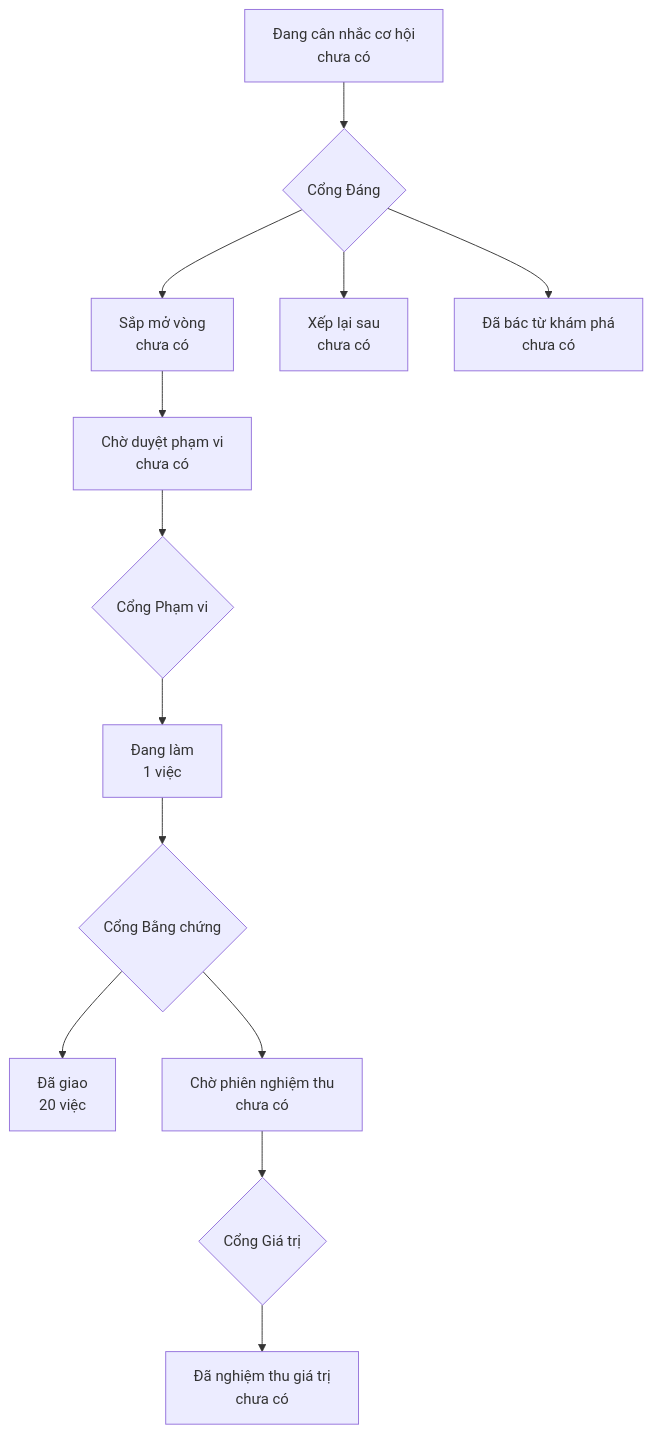
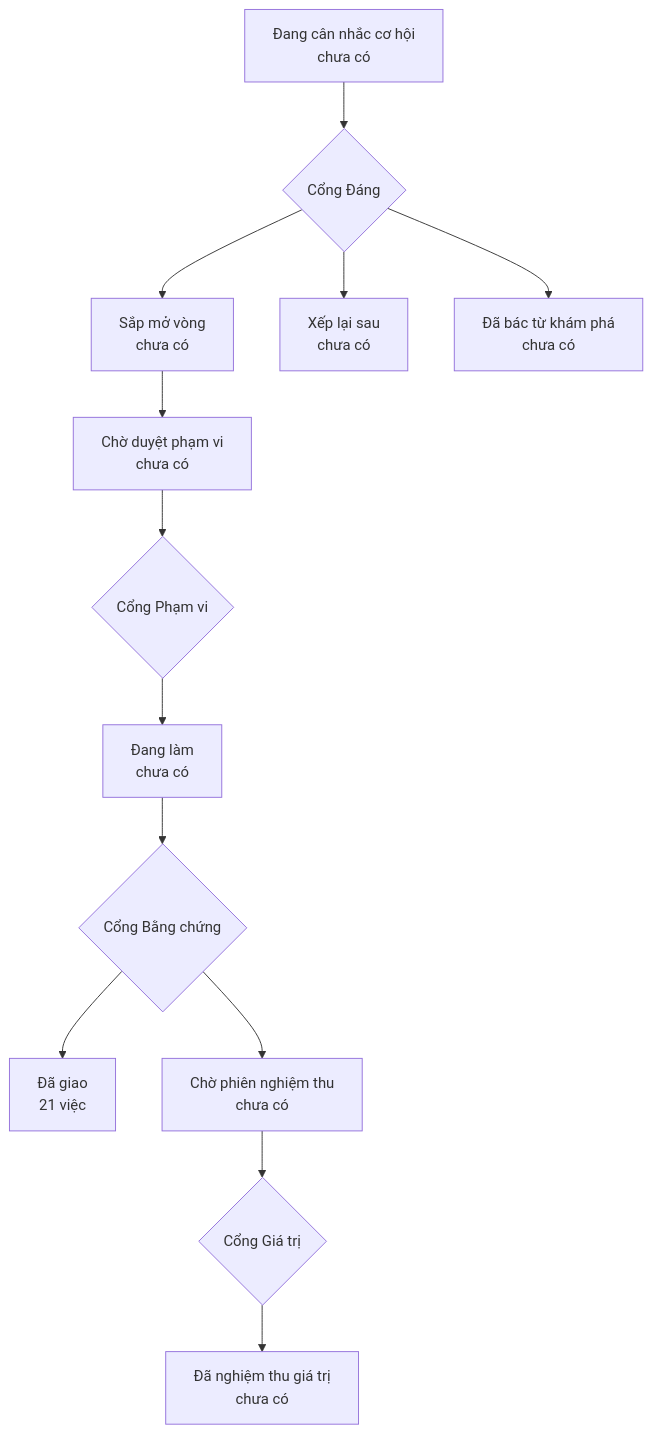
Before and after one commit to phanlemanh/onehub-invest: the diagram in PRODUCT-MAP.md, drawn with Mermaid. The commit also changed other lines of this file and 4 other files, not shown here.

````diff
--- a/PRODUCT-MAP.md
+++ b/PRODUCT-MAP.md
@@ -7,12 +7,12 @@
 ```mermaid
 flowchart TD
   A["Đang cân nhắc cơ hội<br/>chưa có"] --> GD{"Cổng Đáng"}
   GD --> B["Sắp mở vòng<br/>chưa có"]
   GD --> XL["Xếp lại sau<br/>chưa có"]
   GD --> DB["Đã bác từ khám phá<br/>chưa có"]
   B --> CD["Chờ duyệt phạm vi<br/>chưa có"] --> GP{"Cổng Phạm vi"}
-  GP --> DL["Đang làm<br/>1 việc"] --> GB{"Cổng Bằng chứng"}
-  GB --> DG["Đã giao<br/>20 việc"]
+  GP --> DL["Đang làm<br/>chưa có"] --> GB{"Cổng Bằng chứng"}
+  GB --> DG["Đã giao<br/>21 việc"]
   GB --> CN["Chờ phiên nghiệm thu<br/>chưa có"] --> GG{"Cổng Giá trị"}
   GG --> NT["Đã nghiệm thu giá trị<br/>chưa có"]
 ```
````
